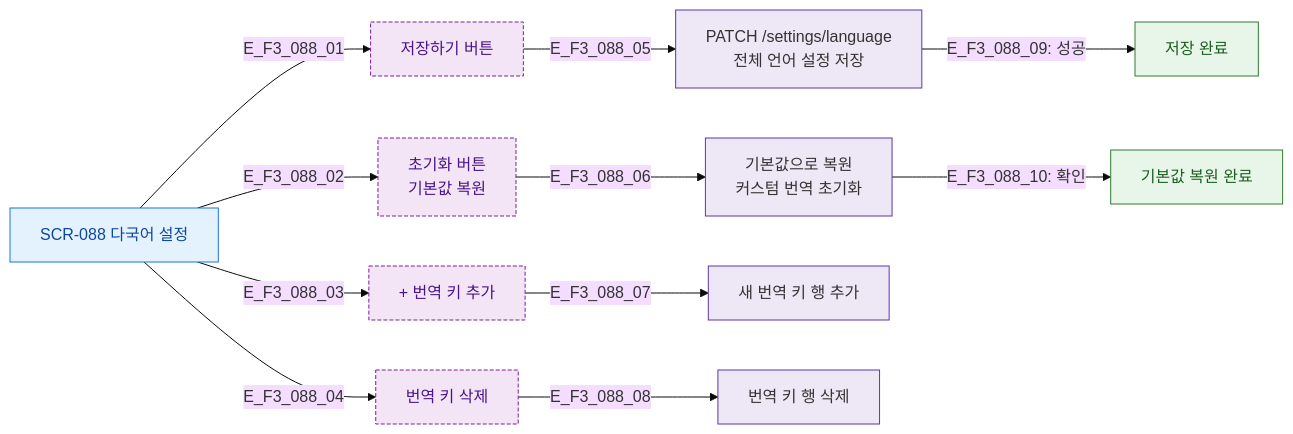
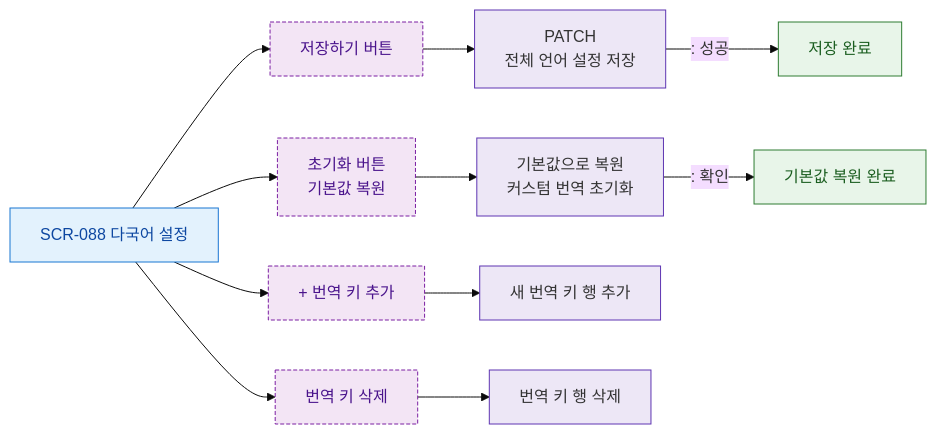
Before and after one commit to dev-spogym/admin-pando: the diagram in docs/다이어그램/D09_설정관리/SCR-088_다국어설정/F3_버튼액션.md, drawn with Mermaid (base theme). The commit also changed other lines of this file and 1660 other files, not shown here.

First line of the commit message:
다이어그램: 기획자/클라이언트 납품본으로 정리

````diff
--- a/docs/다이어그램/D09_설정관리/SCR-088_다국어설정/F3_버튼액션.md
+++ b/docs/다이어그램/D09_설정관리/SCR-088_다국어설정/F3_버튼액션.md
@@ -14,26 +12,26 @@
 ```mermaid
 flowchart LR
     SCR088[SCR-088 다국어 설정]
 
-    SCR088 -->|E_F3_088_01| BtnSave[저장하기 버튼]
-    SCR088 -->|E_F3_088_02| BtnReset[초기화 버튼\n기본값 복원]
-    SCR088 -->|E_F3_088_03| BtnAddKey[+ 번역 키 추가]
-    SCR088 -->|E_F3_088_04| BtnDeleteKey[번역 키 삭제]
+    SCR088 --> BtnSave[저장하기 버튼]
+    SCR088 --> BtnReset[초기화 버튼\n기본값 복원]
+    SCR088 --> BtnAddKey[+ 번역 키 추가]
+    SCR088 --> BtnDeleteKey[번역 키 삭제]
 
-    BtnSave -->|E_F3_088_05| ACT_Save[PATCH /settings/language\n전체 언어 설정 저장]
-    BtnReset -->|E_F3_088_06| ACT_Reset[기본값으로 복원\n커스텀 번역 초기화]
-    BtnAddKey -->|E_F3_088_07| ACT_AddKey[새 번역 키 행 추가]
-    BtnDeleteKey -->|E_F3_088_08| ACT_DelKey[번역 키 행 삭제]
+    BtnSave --> ACT_Save[PATCH \n전체 언어 설정 저장]
+    BtnReset --> ACT_Reset[기본값으로 복원\n커스텀 번역 초기화]
+    BtnAddKey --> ACT_AddKey[새 번역 키 행 추가]
+    BtnDeleteKey --> ACT_DelKey[번역 키 행 삭제]
 
-    ACT_Save -->|"E_F3_088_09: 성공"| OK_Save[저장 완료]
-    ACT_Reset -->|"E_F3_088_10: 확인"| OK_Reset[기본값 복원 완료]
+    ACT_Save -->|": 성공"|OK_Save[저장 완료]
+    ACT_Reset -->|": 확인"|OK_Reset[기본값 복원 완료]
 
     classDef screen fill:#E3F2FD,stroke:#1976D2,color:#0D47A1
     classDef newFeature fill:#F3E5F5,stroke:#7B1FA2,color:#4A148C,stroke-dasharray:4 2
     classDef success fill:#E8F5E9,stroke:#2E7D32,color:#1B5E20
     classDef system fill:#EDE7F6,stroke:#5E35B2
     class SCR088 screen
     class BtnSave,BtnReset,BtnAddKey,BtnDeleteKey newFeature
     class OK_Save,OK_Reset success
     class ACT_Save,ACT_Reset,ACT_AddKey,ACT_DelKey system
 ```
````
